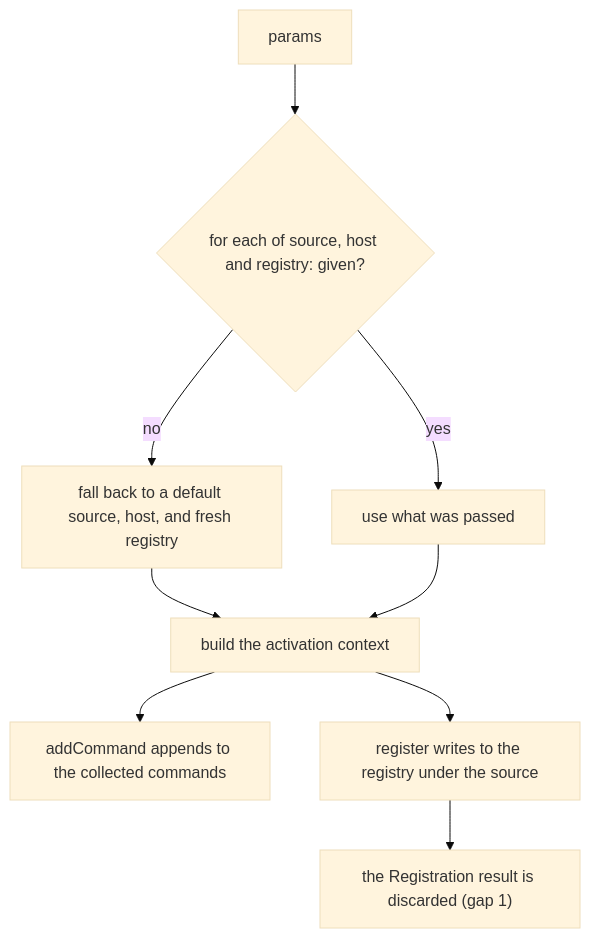
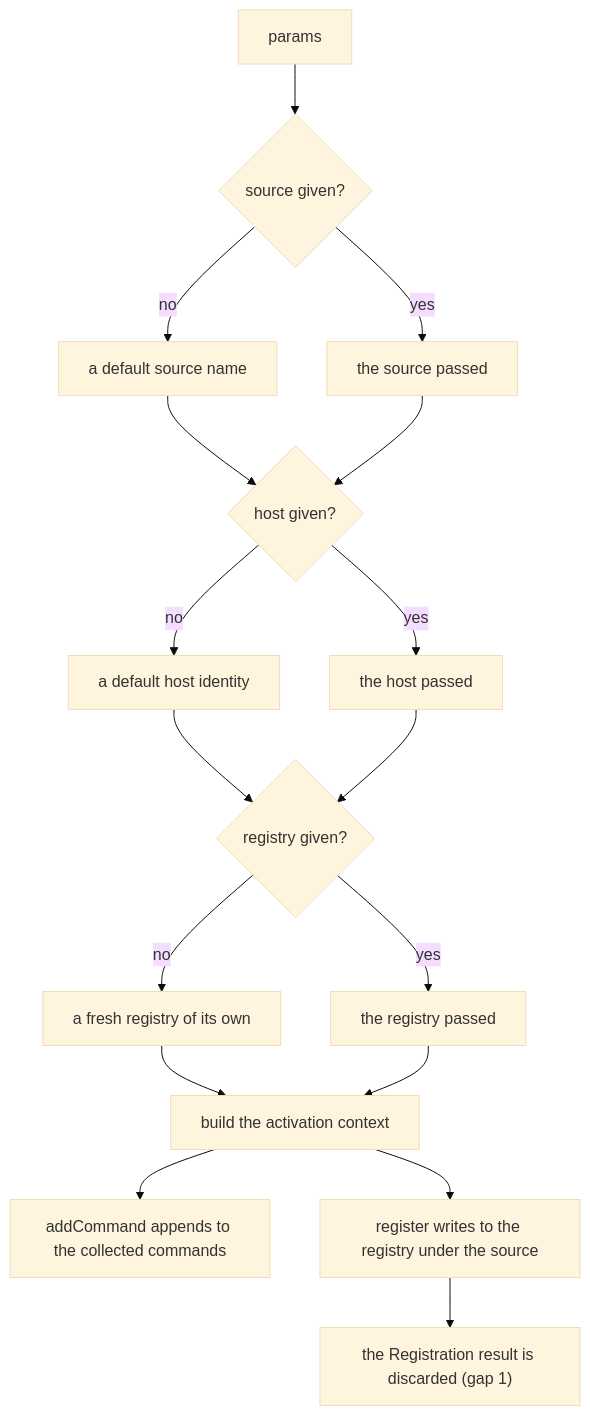
Before and after one commit to clibuilder/clibuilder: the second of 4 diagrams in packages/clibuilder/.agents/spec/testing/README.md, drawn with Mermaid (base theme). The commit also changed other lines of this file and 1 other file, not shown here.

Commit message:
docs(clibuilder): land testing/'s sub-graph B fix and state what argv does
Sub-graph B drew mockPluginContext's three optional parameters as one
all-or-nothing decision. The corpus sweep recorded this as fixed; it was
not, and the spec gate caught it. mock_plugin_context.ts resolves source,
host and registry through three independent ?? fallbacks, so the graph
now draws three decisions and the suite tests source-only and host-only
rather than bundling them.

argv's surface trace claimed an invocation whose argument contains a
space "may not combine with" it. test-utils/argv.ts splits on space
unconditionally, so such an argument is not refused — it is silently
split in two. Stating it as a prohibition specified an enforcement that
does not exist, and deleting the cell would have dropped a real
behavior, so both the prose and the cell now say what happens and a
scenario pins it.

21 -> 23 scenarios.

Claude-Session: https://claude.ai/code/session_01ApaSQYq4gvpQgibMuwq5nu

````diff
--- a/packages/clibuilder/.agents/spec/testing/README.md
+++ b/packages/clibuilder/.agents/spec/testing/README.md
@@ -171,11 +172,19 @@
 ```mermaid
 graph TD
-  P[params] --> D{"for each of source, host and registry: given?"}
-  D -- no --> DEF[fall back to a default source, host, and fresh registry]
-  D -- yes --> USE[use what was passed]
-  DEF --> C[build the activation context]
-  USE --> C
+  P[params] --> DS{source given?}
+  DS -- no --> DSD[a default source name]
+  DS -- yes --> DSU[the source passed]
+  DSD --> DH{host given?}
+  DSU --> DH
+  DH -- no --> DHD[a default host identity]
+  DH -- yes --> DHU[the host passed]
+  DHD --> DR{registry given?}
+  DHU --> DR
+  DR -- no --> DRD[a fresh registry of its own]
+  DR -- yes --> DRU[the registry passed]
+  DRD --> C[build the activation context]
+  DRU --> C
   C --> AC[addCommand appends to the collected commands]
   C --> RG[register writes to the registry under the source]
   RG --> RES["the Registration result is discarded (gap 1)"]
 ```
````
